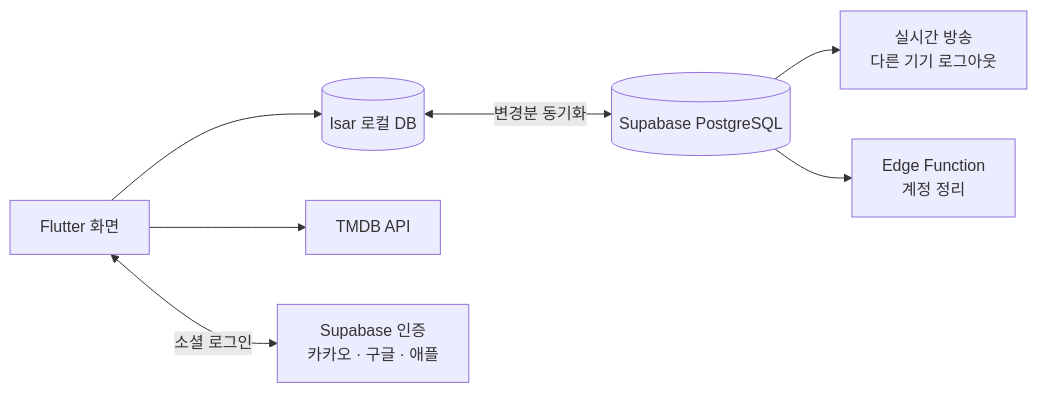
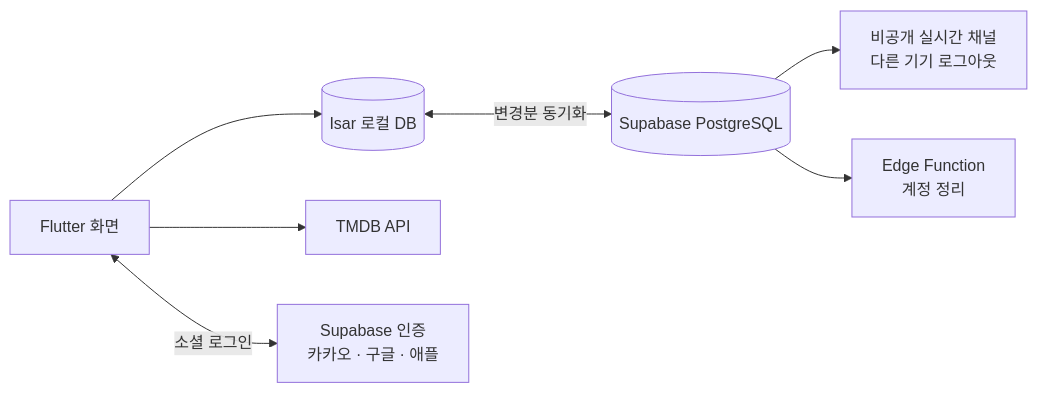
Before and after one commit to younghee-park-dev/movietier: the diagram in README.ko.md, drawn with Mermaid. The commit also changed other lines of this file and 1 other file, not shown here.

````diff
--- a/README.ko.md
+++ b/README.ko.md
@@ -59,9 +59,9 @@
 ```mermaid
 flowchart LR
     UI[Flutter 화면] --> Local[(Isar 로컬 DB)]
     UI --> TMDB[TMDB API]
     Local <-->|변경분 동기화| Supabase[(Supabase PostgreSQL)]
     UI <-->|소셜 로그인| Auth[Supabase 인증<br/>카카오 · 구글 · 애플]
-    Supabase --> Realtime[실시간 방송<br/>다른 기기 로그아웃]
+    Supabase --> Realtime[비공개 실시간 채널<br/>다른 기기 로그아웃]
     Supabase --> Edge[Edge Function<br/>계정 정리]
 ```
````
